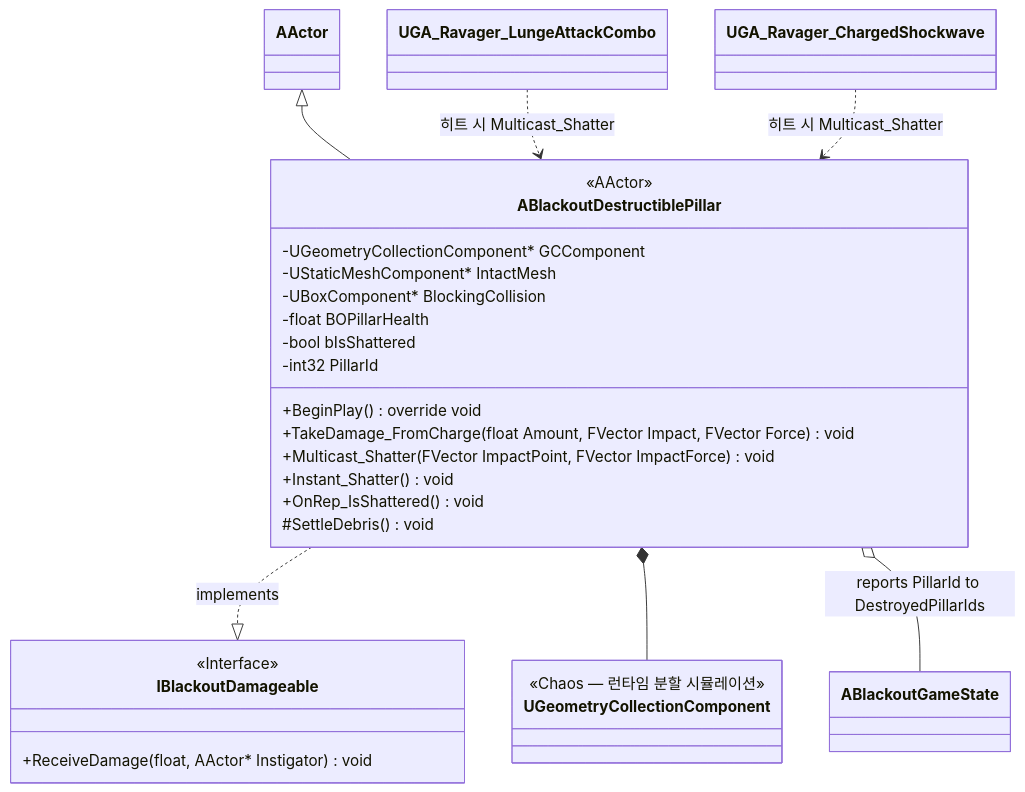
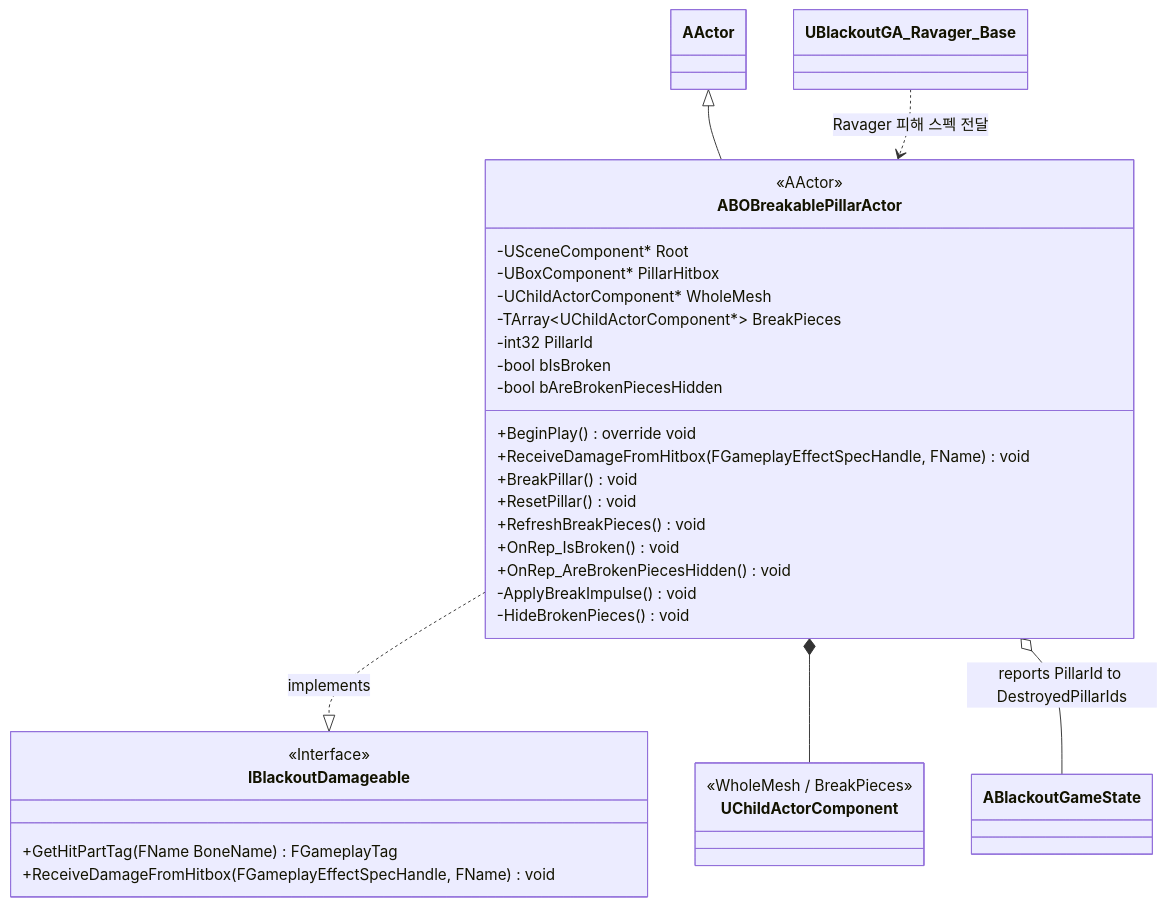
One commit to seongwon1579/ProjectBlackout changed the first of 2 diagrams in Docs/AI_Boss/05_Destructible_Pillar.md. Above: the diagram before and after it, drawn with Mermaid. The commit also changed other lines of this file and 24 other files, not shown here.

Commit message:
Docs: 클래스 다이어그램 최신화

````diff
--- a/Docs/AI_Boss/05_Destructible_Pillar.md
+++ b/Docs/AI_Boss/05_Destructible_Pillar.md
@@ -6,37 +5,41 @@
 ```mermaid
 classDiagram
     direction TB
 
-    AActor <|-- ABlackoutDestructiblePillar
-    ABlackoutDestructiblePillar ..|> IBlackoutDamageable : implements
+    AActor <|-- ABOBreakablePillarActor
+    ABOBreakablePillarActor ..|> IBlackoutDamageable : implements
 
-    class ABlackoutDestructiblePillar {
+    class ABOBreakablePillarActor {
         <<AActor>>
-        -UGeometryCollectionComponent* GCComponent
-        -UStaticMeshComponent* IntactMesh
-        -UBoxComponent* BlockingCollision
-        -float BOPillarHealth
-        -bool bIsShattered
+        -USceneComponent* Root
+        -UBoxComponent* PillarHitbox
+        -UChildActorComponent* WholeMesh
+        -TArray~UChildActorComponent*~ BreakPieces
         -int32 PillarId
+        -bool bIsBroken
+        -bool bAreBrokenPiecesHidden
         +BeginPlay() override void
-        +TakeDamage_FromCharge(float Amount, FVector Impact, FVector Force) void
-        +Multicast_Shatter(FVector ImpactPoint, FVector ImpactForce) void
-        +Instant_Shatter() void
-        +OnRep_IsShattered() void
-        #SettleDebris() void
+        +ReceiveDamageFromHitbox(FGameplayEffectSpecHandle, FName) void
+        +BreakPillar() void
+        +ResetPillar() void
+        +RefreshBreakPieces() void
+        +OnRep_IsBroken() void
+        +OnRep_AreBrokenPiecesHidden() void
+        -ApplyBreakImpulse() void
+        -HideBrokenPieces() void
     }
 
     class IBlackoutDamageable {
         <<Interface>>
-        +ReceiveDamage(float, AActor* Instigator) void
+        +GetHitPartTag(FName BoneName) FGameplayTag
+        +ReceiveDamageFromHitbox(FGameplayEffectSpecHandle, FName) void
     }
 
-    class UGeometryCollectionComponent {
-        <<Chaos — 런타임 분할 시뮬레이션>>
+    class UChildActorComponent {
+        <<WholeMesh / BreakPieces>>
     }
 
-    ABlackoutDestructiblePillar *-- UGeometryCollectionComponent
-    ABlackoutDestructiblePillar o-- ABlackoutGameState : reports PillarId to DestroyedPillarIds
-    UGA_Ravager_LungeAttackCombo ..> ABlackoutDestructiblePillar : 히트 시 Multicast_Shatter
-    UGA_Ravager_ChargedShockwave ..> ABlackoutDestructiblePillar : 히트 시 Multicast_Shatter
+    ABOBreakablePillarActor *-- UChildActorComponent
+    ABOBreakablePillarActor o-- ABlackoutGameState : reports PillarId to DestroyedPillarIds
+    UBlackoutGA_Ravager_Base ..> ABOBreakablePillarActor : Ravager 피해 스펙 전달
 ```
````
